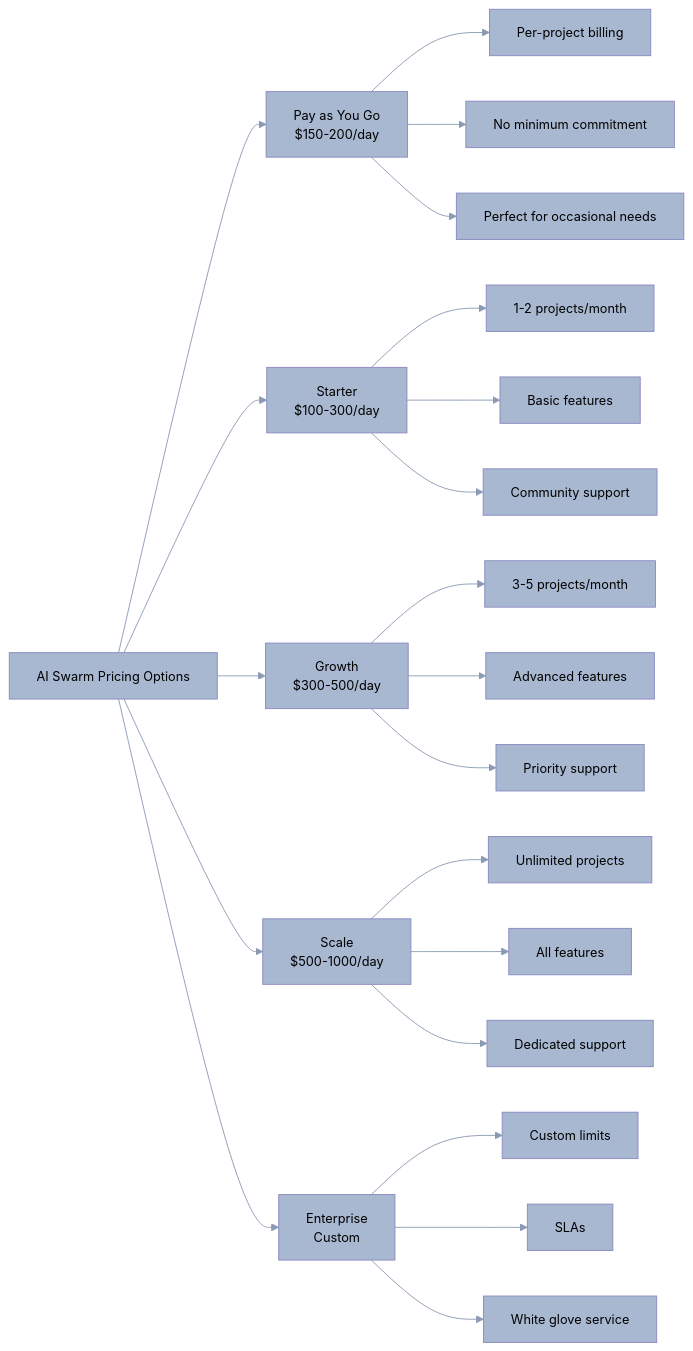
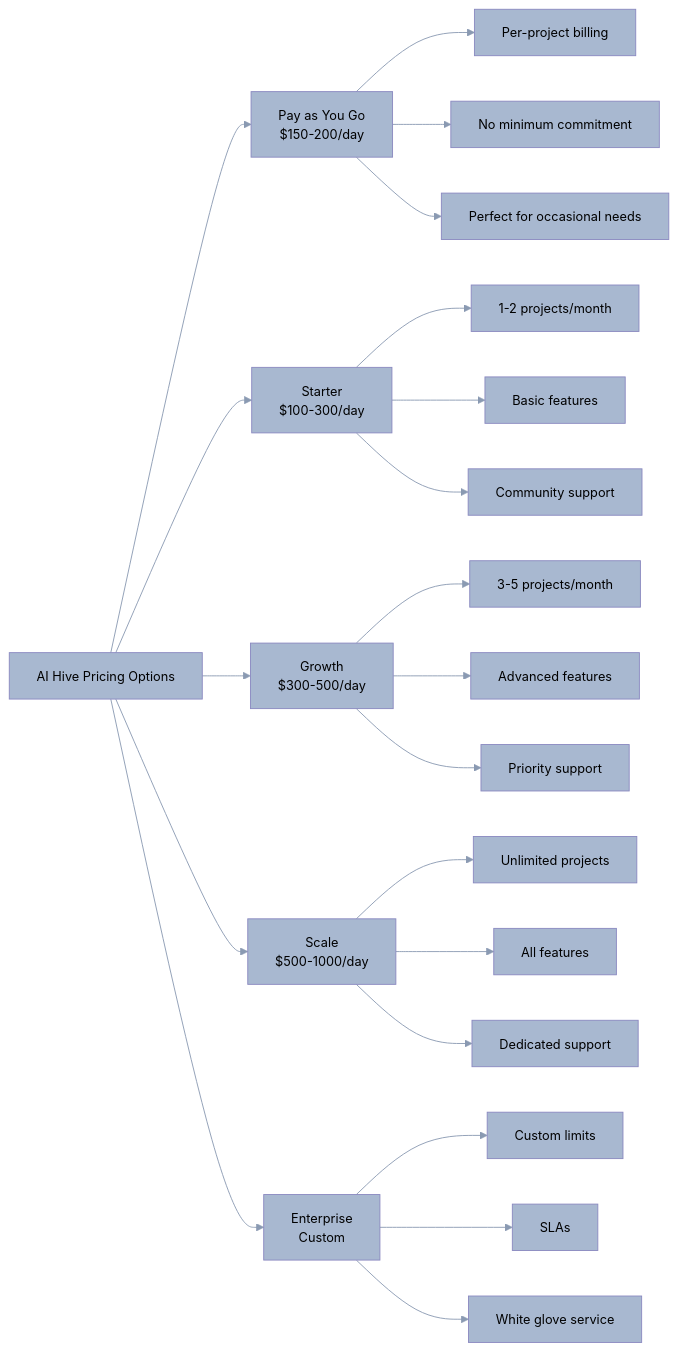
One commit to o2alexanderfedin/AI-Hive-Business-Docs changed the fifth of 9 diagrams in business-documents/market-analysis/06-pricing-analysis.md. Above: the diagram before and after it, drawn with Mermaid. The commit also changed other lines of this file and 22 other files, not shown here.

First line of the commit message:
Replace all references from 'AI Swarm' to 'AI Hive' across project

```diff
--- a/business-documents/market-analysis/06-pricing-analysis.md
+++ b/business-documents/market-analysis/06-pricing-analysis.md
@@ -379,7 +379,7 @@
   }
 }}%%
 graph LR
-    A[AI Swarm Pricing Options] --> B[Pay as You Go<br/>$150-200/day]
+    A[AI Hive Pricing Options] --> B[Pay as You Go<br/>$150-200/day]
     A --> C[Starter<br/>$100-300/day]
     A --> D[Growth<br/>$300-500/day]
     A --> E[Scale<br/>$500-1000/day]
```
